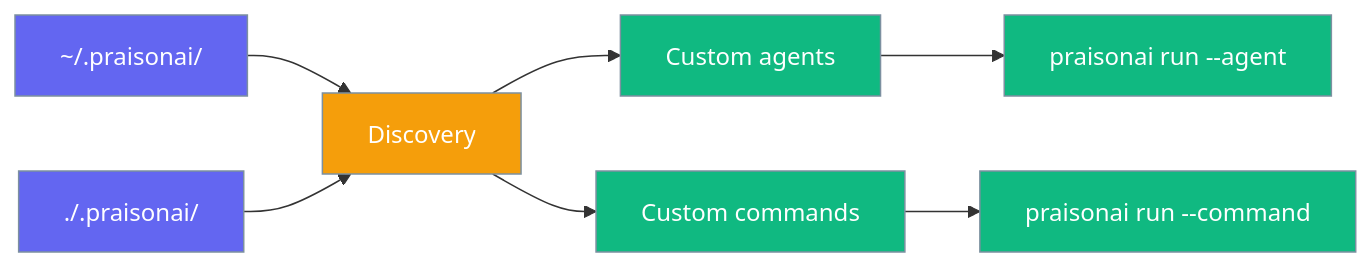
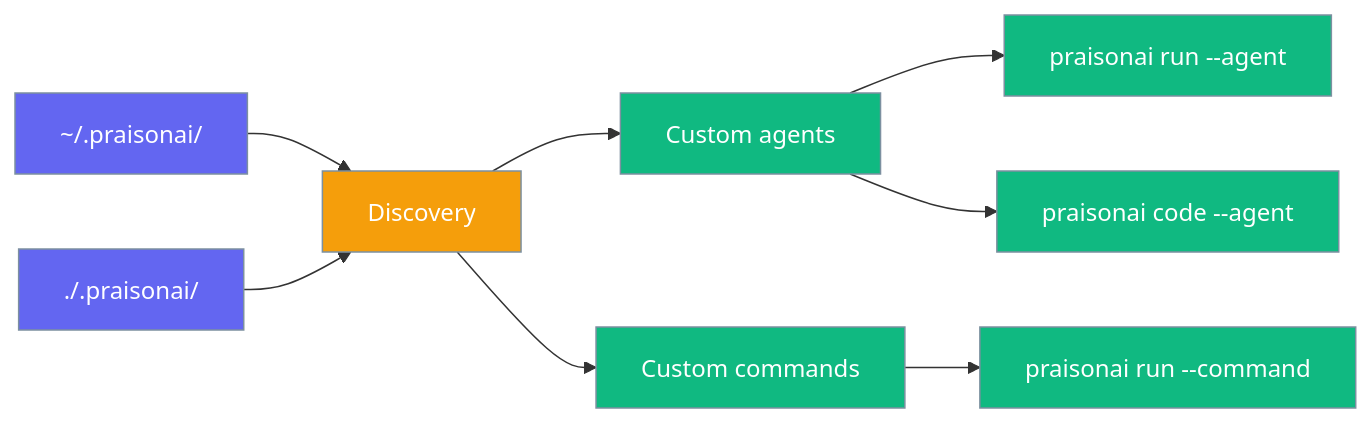
The first of 3 diagrams in docs/features/custom-agents-commands.mdx (MervinPraison/PraisonAIDocs), drawn with Mermaid before and after one commit. The commit also changed other lines of this file and 6 other files, not shown here.

Commit message:
docs: surface --agent and --thinking on code / run (fixes #1069)

````diff
--- a/docs/features/custom-agents-commands.mdx
+++ b/docs/features/custom-agents-commands.mdx
@@ -10,17 +10,18 @@
 ```mermaid
 graph LR
     U[~/.praisonai/] --> D[Discovery]
     P[./.praisonai/] --> D
     D --> A[Custom agents]
     D --> C[Custom commands]
     A --> R[praisonai run --agent]
+    A --> RC2[praisonai code --agent]
     C --> RC[praisonai run --command]
 
     classDef dir fill:#6366F1,stroke:#7C90A0,color:#fff
     classDef discover fill:#F59E0B,stroke:#7C90A0,color:#fff
     classDef run fill:#10B981,stroke:#7C90A0,color:#fff
 
     class U,P dir
     class D discover
-    class A,C,R,RC run
+    class A,C,R,RC,RC2 run
 ```
````
